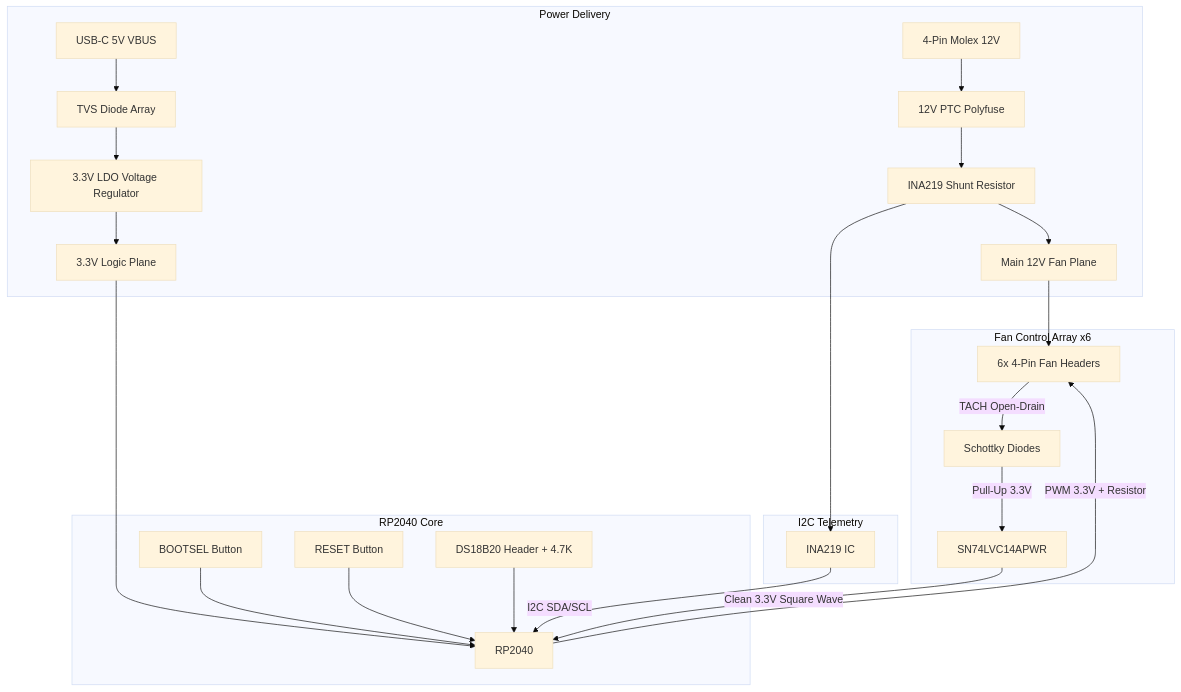
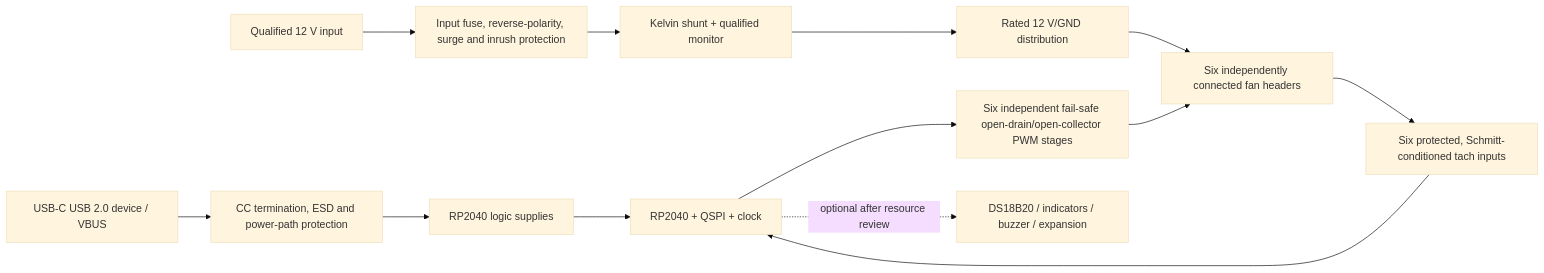
Before and after one commit to RoBro92/fanbridge: the diagram in hardware/fanbridge_link_spec.md, drawn with Mermaid (base theme). The commit also changed other lines of this file and 1165 other files, not shown here.

First line of the commit message:
Harden FanBridge control and add persistent controller identity (#13)

````diff
--- a/hardware/fanbridge_link_spec.md
+++ b/hardware/fanbridge_link_spec.md
@@ -104,32 +79,18 @@
 ```mermaid
-graph TD
-    subgraph Power_Delivery [Power Delivery]
-        Molex[4-Pin Molex 12V] --> Polyfuse[12V PTC Polyfuse]
-        Polyfuse --> INA219_Shunt[INA219 Shunt Resistor]
-        INA219_Shunt --> 12V_Plane[Main 12V Fan Plane]
-        
-        USB[USB-C 5V VBUS] --> ESD_USB[TVS Diode Array]
-        ESD_USB --> LDO[3.3V LDO Voltage Regulator]
-        LDO --> 3V3_Plane[3.3V Logic Plane]
-    end
+flowchart LR
+    USB[USB-C USB 2.0 device / VBUS] --> UPROT[CC termination, ESD and power-path protection]
+    UPROT --> LOGIC[RP2040 logic supplies]
+    LOGIC --> MCU[RP2040 + QSPI + clock]
 
-    subgraph MCU [RP2040 Core]
-        3V3_Plane --> RP2040
-        Boot[BOOTSEL Button] --> RP2040
-        Reset[RESET Button] --> RP2040
-        DS18B20[DS18B20 Header + 4.7K] --> RP2040
-    end
-    
-    subgraph Telemetry [I2C Telemetry]
-        INA219_Shunt --> INA219_IC[INA219 IC]
-        INA219_IC -->|I2C SDA/SCL| RP2040
-    end
+    P12[Qualified 12 V input] --> IPROT[Input fuse, reverse-polarity, surge and inrush protection]
+    IPROT --> SENSE[Kelvin shunt + qualified monitor]
+    SENSE --> DIST[Rated 12 V/GND distribution]
+    DIST --> FANS[Six independently connected fan headers]
 
-    subgraph Fans [Fan Control Array x6]
-        12V_Plane --> Headers[6x 4-Pin Fan Headers]
-        RP2040 -->|PWM 3.3V + Resistor| Headers
-        Headers -->|TACH Open-Drain| Clamps[Schottky Diodes]
-        Clamps -->|Pull-Up 3.3V| HexBuffer[SN74LVC14APWR]
-        HexBuffer -->|Clean 3.3V Square Wave| RP2040
-    end
+    MCU --> OD[Six independent fail-safe open-drain/open-collector PWM stages]
+    OD --> FANS
+    FANS --> TACH[Six protected, Schmitt-conditioned tach inputs]
+    TACH --> MCU
+
+    MCU -. optional after resource review .-> AUX[DS18B20 / indicators / buzzer / expansion]
 ```
````
